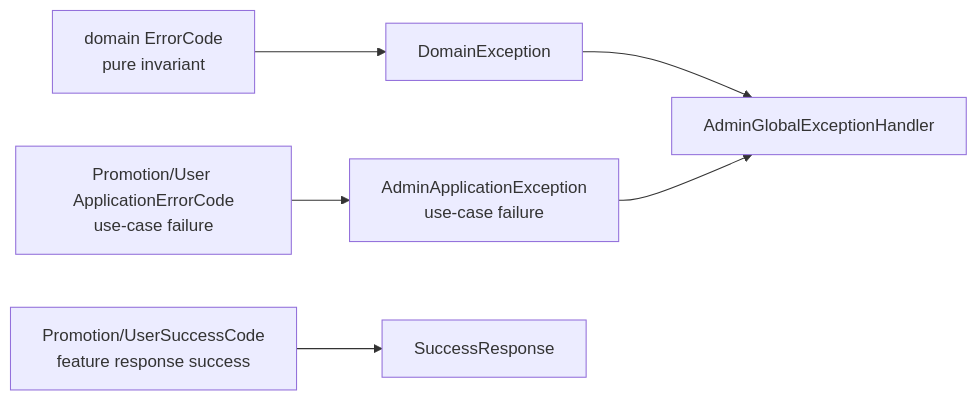
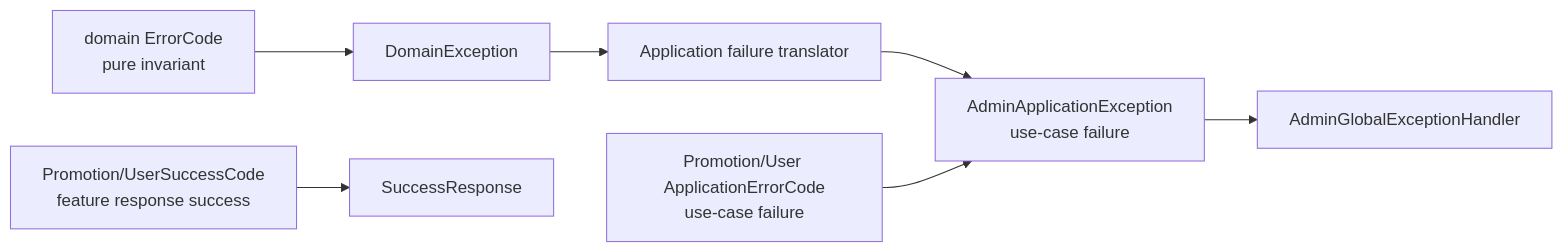
Before and after one commit to TEAM-BEAT/BEAT-SERVER: the sixth of 6 diagrams in admin/README.md, drawn with Mermaid. The commit also changed other lines of this file and 515 other files, not shown here.

````diff
--- a/admin/README.md
+++ b/admin/README.md
@@ -443,13 +445,13 @@
 ```mermaid
 flowchart LR
     DomainError[domain ErrorCode<br/>pure invariant]
     FeatureError[Promotion/User ApplicationErrorCode<br/>use-case failure]
     FeatureSuccess[Promotion/UserSuccessCode<br/>feature response success]
     DomainException[DomainException]
     Handler[AdminGlobalExceptionHandler]
     AdminException[AdminApplicationException<br/>use-case failure]
 
-    DomainError --> DomainException --> Handler
+    DomainError --> DomainException --> Translator[Application failure translator] --> AdminException
     FeatureError --> AdminException --> Handler
     FeatureSuccess --> Response[SuccessResponse]
 ```
````
